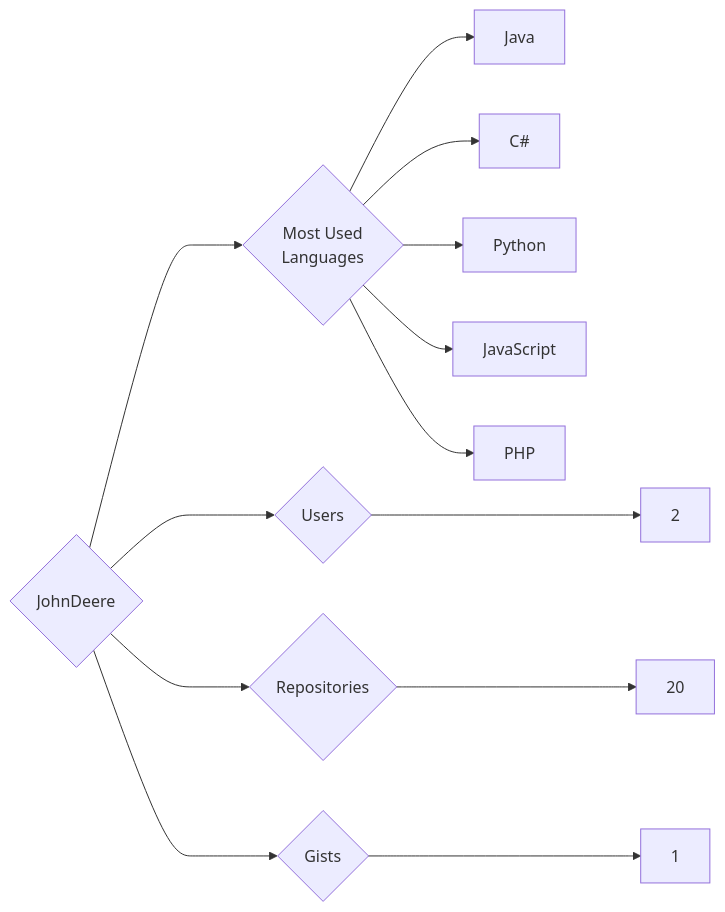
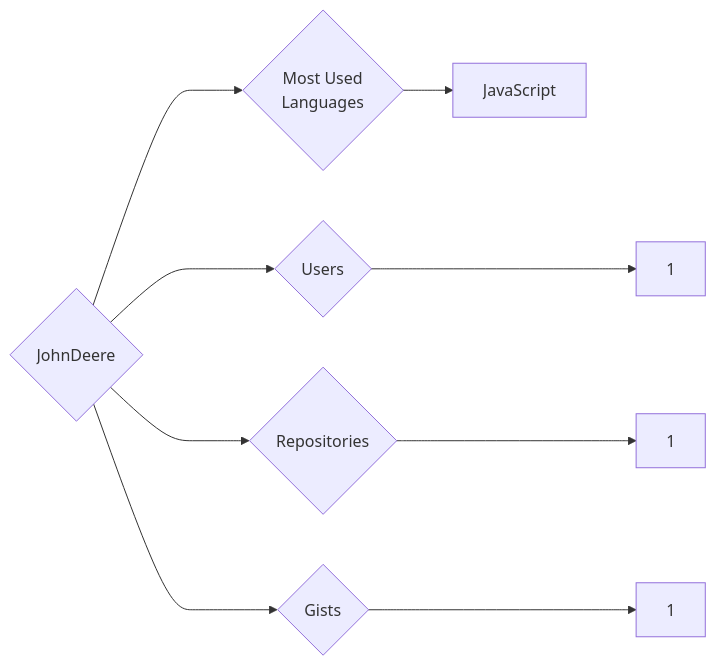
One commit to trickest/insiders changed the diagram in targets/JohnDeere/README.md. Above: the diagram before and after it, drawn with Mermaid. The commit also changed 912 other files, not shown here.

````diff
--- a/targets/JohnDeere/README.md
+++ b/targets/JohnDeere/README.md
@@ -3,13 +3,9 @@
 ```mermaid
 graph LR
 COMPANY_NAME{JohnDeere}
-COMPANY_NAME ---> U{Users} ---> UN[2]
-COMPANY_NAME ---> R{Repositories} ---> RN[20]
+COMPANY_NAME ---> U{Users} ---> UN[1]
+COMPANY_NAME ---> R{Repositories} ---> RN[1]
 COMPANY_NAME ---> G{Gists} ---> GN[1]
 COMPANY_NAME ---> ML{Most Used<br>Languages}
-ML --> Java[Java]
-ML --> C#[C#]
-ML --> Python[Python]
 ML --> JavaScript[JavaScript]
-ML --> PHP[PHP]
 ```
````
